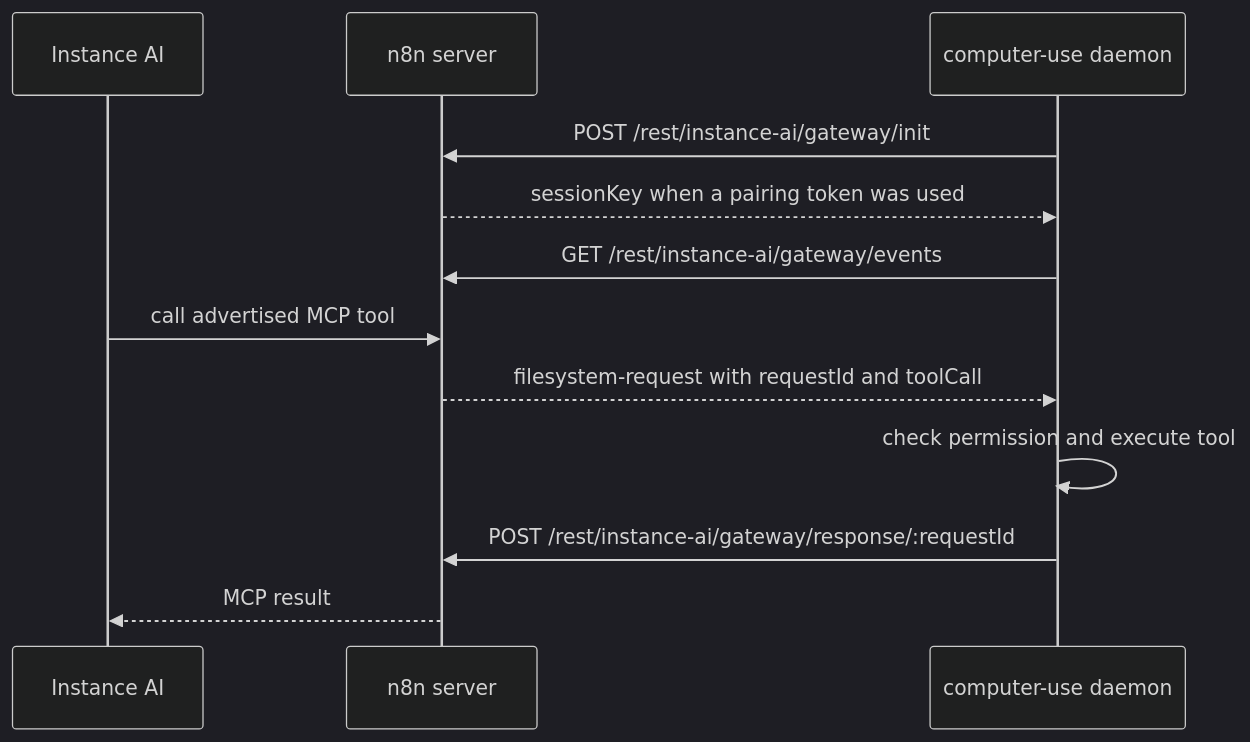
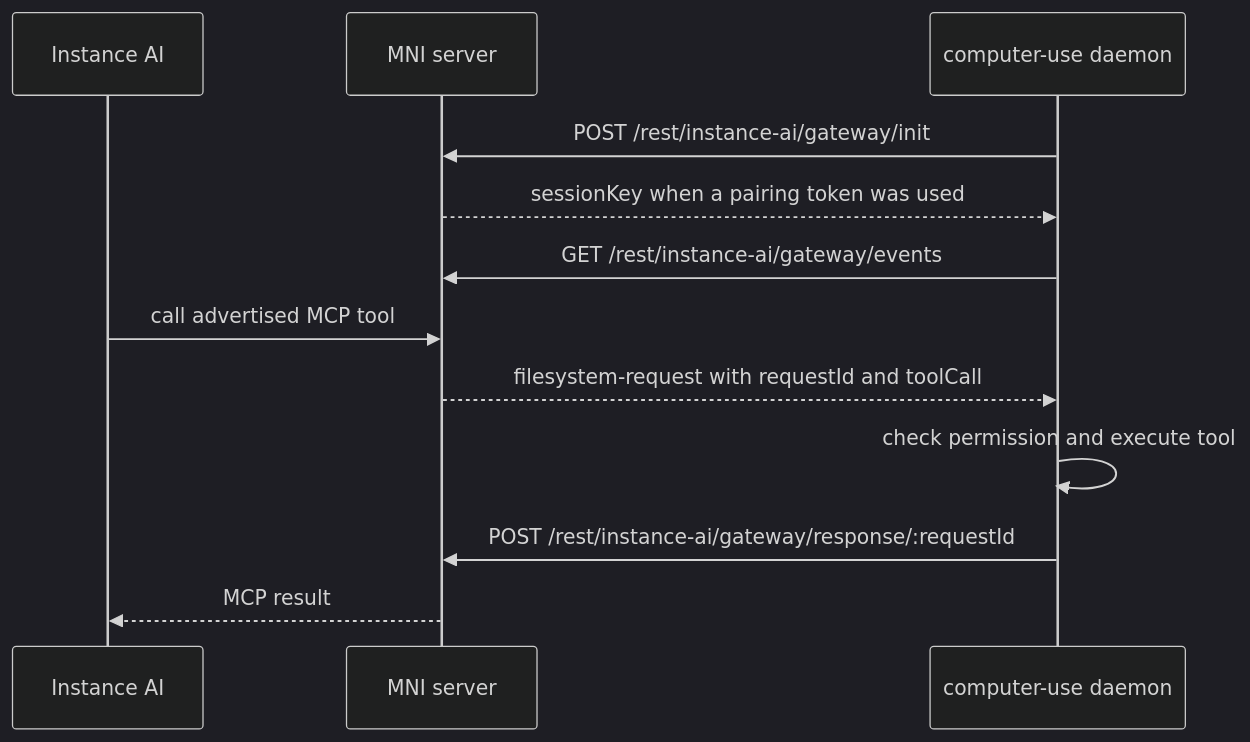
Before and after one commit to Rajsingh18110/MNI: the diagram in packages/@n8n/instance-ai/docs/filesystem-access.md, drawn with Mermaid (dark theme). The commit also changed other lines of this file and 2767 other files, not shown here.

````diff
--- a/packages/@n8n/instance-ai/docs/filesystem-access.md
+++ b/packages/@n8n/instance-ai/docs/filesystem-access.md
@@ -10,15 +10,15 @@
 ```mermaid
 sequenceDiagram
     participant Agent as Instance AI
-    participant Server as n8n server
+    participant Server as MNI server
     participant Daemon as computer-use daemon
 
     Daemon->>Server: POST /rest/instance-ai/gateway/init
     Server-->>Daemon: sessionKey when a pairing token was used
     Daemon->>Server: GET /rest/instance-ai/gateway/events
     Agent->>Server: call advertised MCP tool
     Server-->>Daemon: filesystem-request with requestId and toolCall
     Daemon->>Daemon: check permission and execute tool
     Daemon->>Server: POST /rest/instance-ai/gateway/response/:requestId
     Server-->>Agent: MCP result
 ```
````
